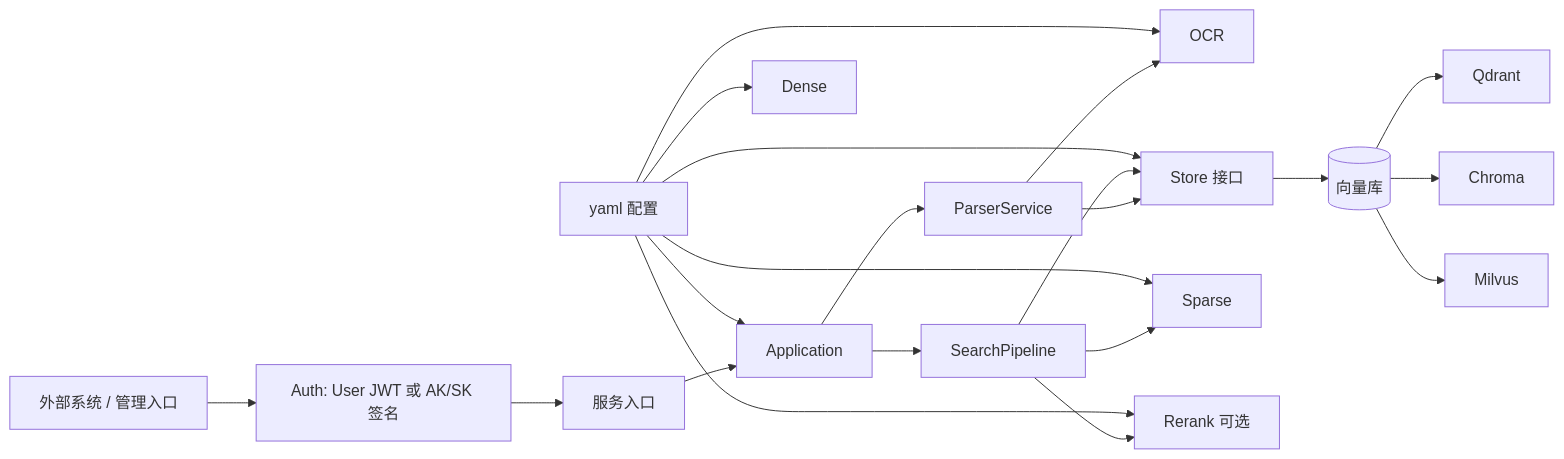
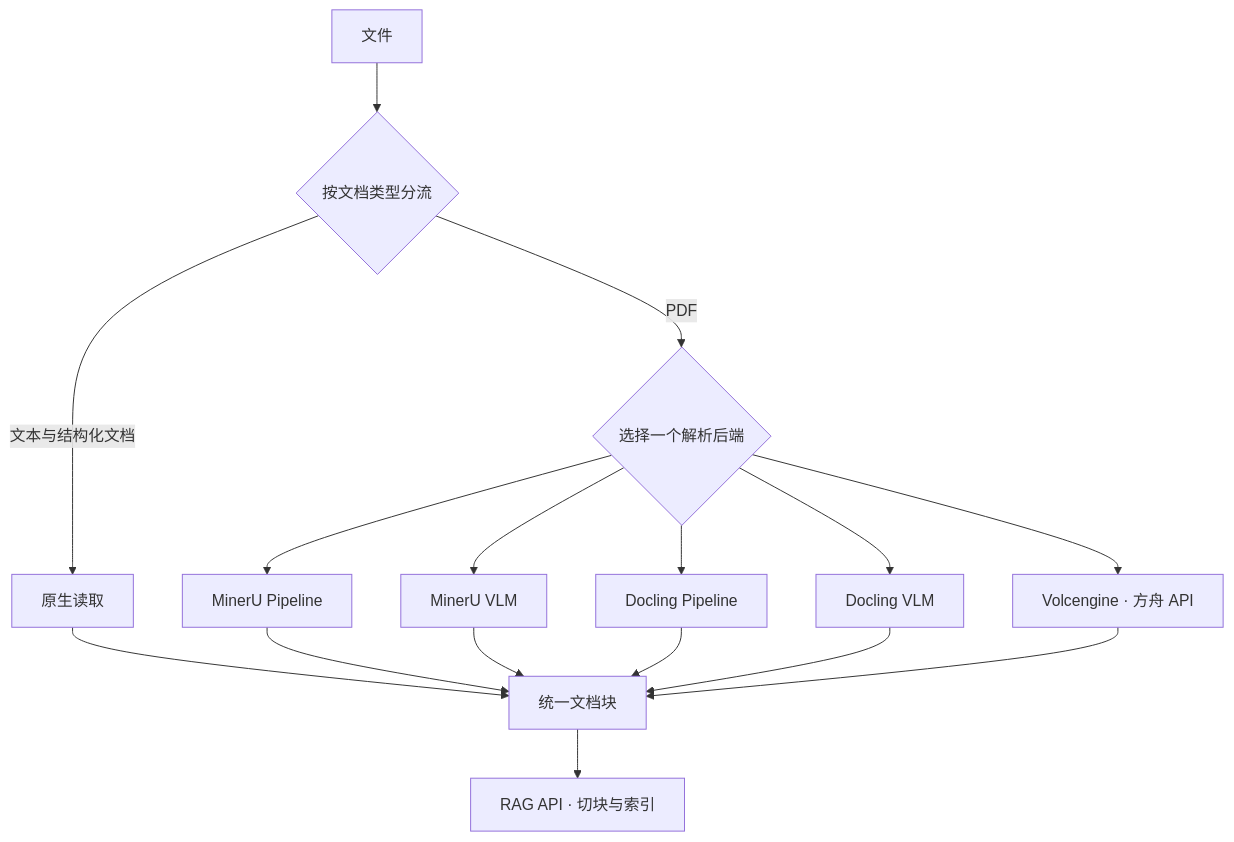
One commit to guobinqiu/new_brain changed the fifth of 7 diagrams in docs/architecture.md. Above: the diagram before and after it, drawn with Mermaid. The commit also changed other lines of this file and 587 other files, not shown here.

````diff
--- a/docs/architecture.md
+++ b/docs/architecture.md
@@ -53,27 +115,18 @@
 ```mermaid
-flowchart LR
-  Client["外部系统 / 管理入口"] --> Auth["Auth: User JWT 或 AK/SK 签名"]
-  Auth --> Entry["服务入口"]
-  Entry --> App["Application"]
-  App --> Search["SearchPipeline"]
-  App --> Parser["ParserService"]
-
-  Parser --> OCR["OCR"]
-  Parser --> Store["Store 接口"]
-
-  Search --> Store
-  Search --> Sparse
-  Search --> Rerank["Rerank 可选"]
-
-  Store --> DB[("向量库")]
-  DB --> Qdrant["Qdrant"]
-  DB --> Chroma["Chroma"]
-  DB --> Milvus["Milvus"]
-
-  Config["yaml 配置"] --> App
-  Config --> Dense
-  Config --> Sparse
-  Config --> Store
-  Config --> Rerank
-  Config --> OCR
+flowchart TB
+    File["文件"] --> Route{"按文档类型分流"}
+    Route -->|文本与结构化文档| Native["原生读取"]
+    Route -->|PDF| Select{"选择一个解析后端"}
+    Select --> Ark["Volcengine · 方舟 API"]
+    Select --> MP["MinerU Pipeline"]
+    Select --> MV["MinerU VLM"]
+    Select --> DP["Docling Pipeline"]
+    Select --> DV["Docling VLM"]
+    Native --> Blocks["统一文档块"]
+    MP --> Blocks
+    MV --> Blocks
+    DP --> Blocks
+    DV --> Blocks
+    Ark --> Blocks
+    Blocks --> RAG["RAG API · 切块与索引"]
 ```
````
